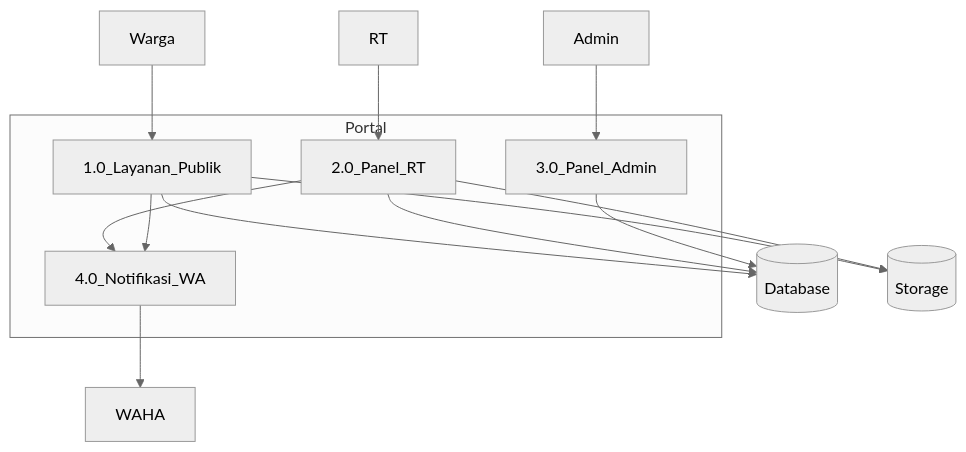
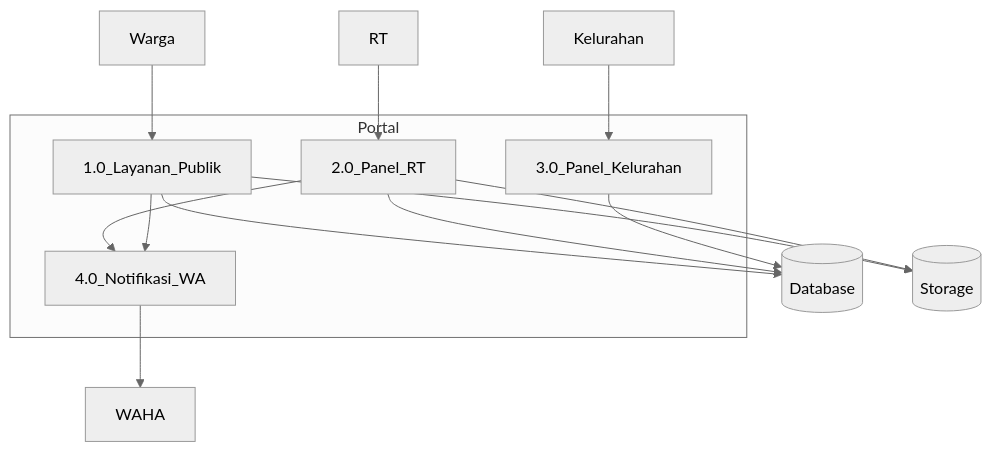
Before and after one commit to alfon00/wargaupdate: the tenth of 14 diagrams in docs/LAPORAN-TUGAS-AKHIR.md, drawn with Mermaid (neutral theme). The commit also changed other lines of this file and 105 other files, not shown here.

````diff
--- a/docs/LAPORAN-TUGAS-AKHIR.md
+++ b/docs/LAPORAN-TUGAS-AKHIR.md
@@ -517,21 +534,21 @@
 ```mermaid
 flowchart TD
     subgraph Portal
         P1[1.0_Layanan_Publik]
         P2[2.0_Panel_RT]
-        P3[3.0_Panel_Admin]
+        P3[3.0_Panel_Kelurahan]
         P4[4.0_Notifikasi_WA]
     end
 
     Warga --> P1
     RT --> P2
-    Admin --> P3
+    Kelurahan --> P3
     P1 --> DB[(Database)]
     P2 --> DB
     P3 --> DB
     P1 --> Storage[(Storage)]
     P2 --> Storage
     P2 --> P4
     P1 --> P4
     P4 --> WAHA[WAHA]
 ```
````
